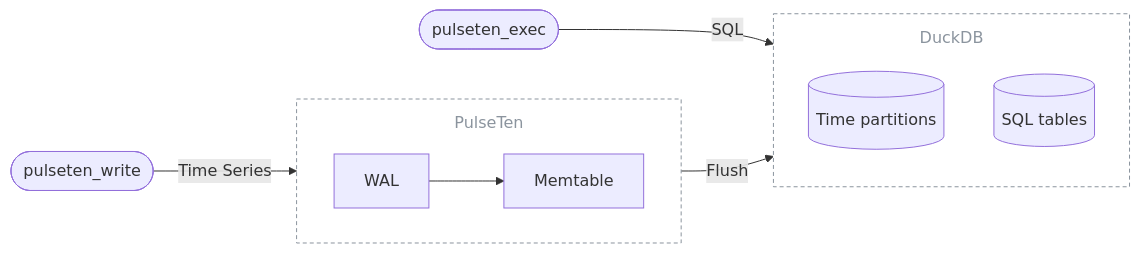
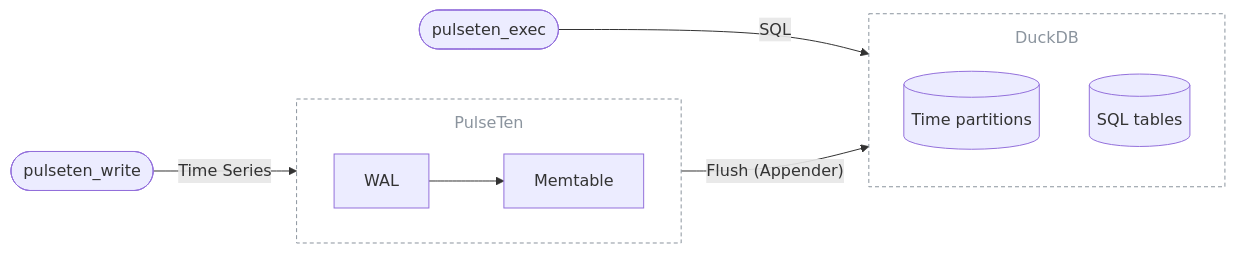
One commit to leviathan0992/pulseten changed the diagram in README.md. Above: the diagram before and after it, drawn with Mermaid. The commit also changed other lines of this file and 1 other file, not shown here.

Commit message:
Show the Appender in the architecture diagram

````diff
--- a/README.md
+++ b/README.md
@@ -36,22 +36,22 @@
 ```mermaid
 %%{init: {"flowchart": {"subGraphTitleMargin": {"top": 12, "bottom": 8}}}}%%
 flowchart LR
   write(["pulseten_write"]) -- Time Series --> wal
 
   subgraph engine ["PulseTen"]
     direction LR
     wal["WAL"] --> mem["Memtable"]
   end
 
   subgraph duckdb ["DuckDB"]
     direction TB
     part[("Time partitions")]
     rel[("SQL tables")]
   end
 
-  mem -- Flush --> part
+  mem -- "Flush (Appender)" --> part
   exec(["pulseten_exec"]) -- SQL --> rel
 
   style engine fill:none,stroke:#8b949e,stroke-dasharray:4 3,color:#8b949e
   style duckdb fill:none,stroke:#8b949e,stroke-dasharray:4 3,color:#8b949e
 ```
````
